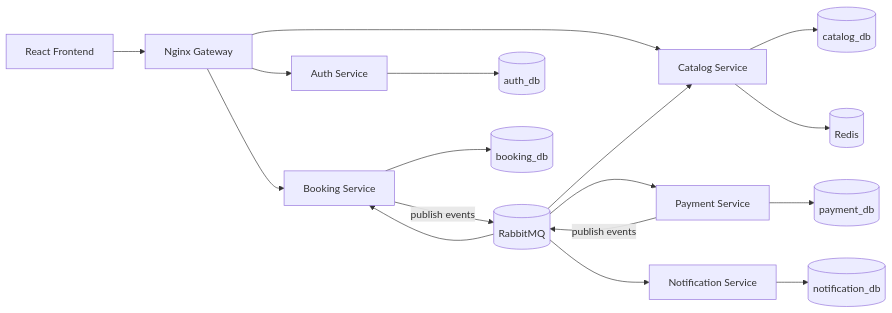
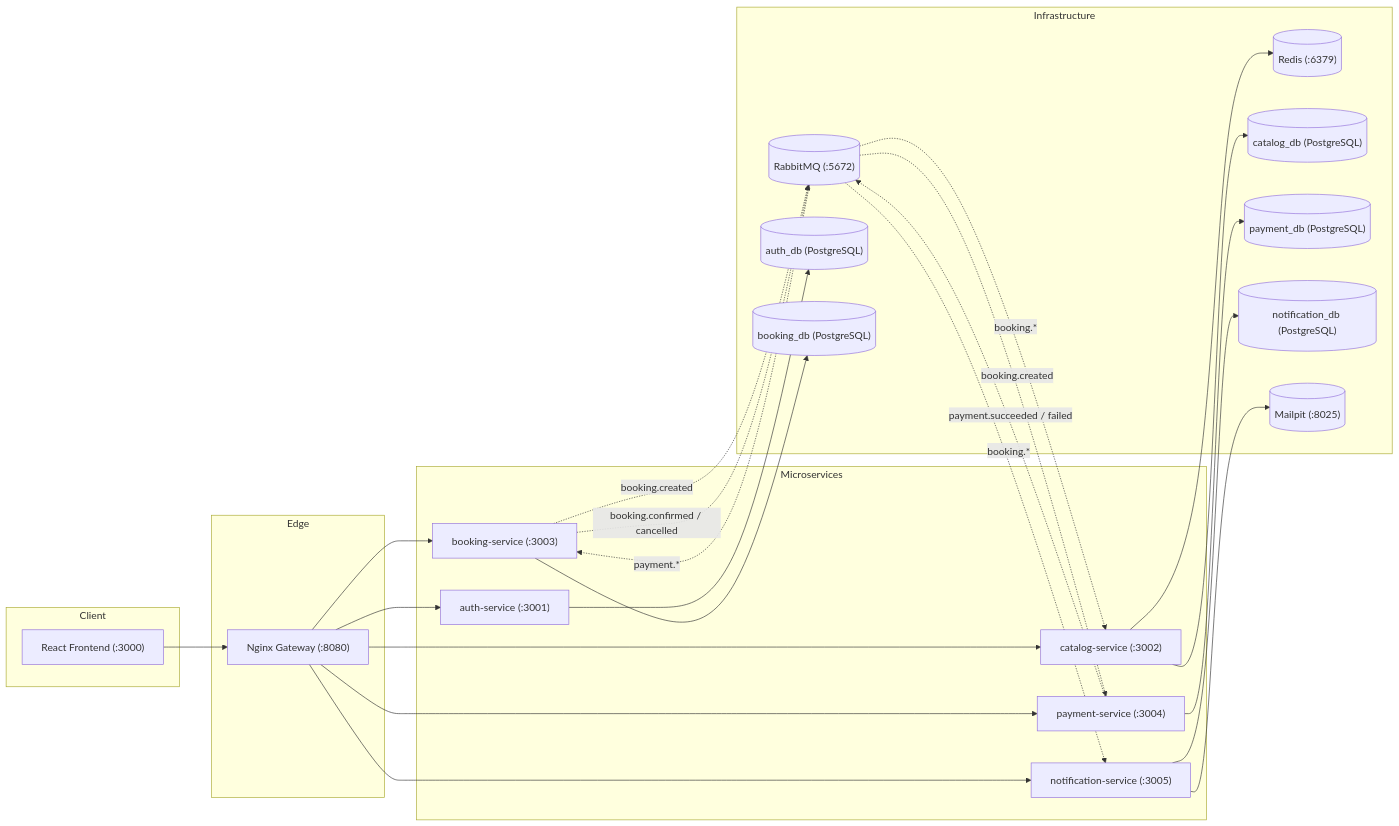
The diagram in README.md (ZamanAsad007/Travel-Booking-System), drawn with Mermaid before and after one commit. The commit also changed other lines of this file and 2 other files, not shown here.

Commit message:
docs: add README with architecture diagram, setup guide, and demo

````diff
--- a/README.md
+++ b/README.md
@@ -7,19 +16,52 @@
 ```mermaid
 flowchart LR
-    UI[React Frontend] --> GW[Nginx Gateway]
-    GW --> AUTH[Auth Service]
-    GW --> CAT[Catalog Service]
-    GW --> BOOK[Booking Service]
-    BOOK -- publish events --> MQ[(RabbitMQ)]
-    MQ --> PAY[Payment Service]
-    PAY -- publish events --> MQ
-    MQ --> BOOK
-    MQ --> CAT
-    MQ --> NOTIF[Notification Service]
-    AUTH --> DB1[(auth_db)]
-    CAT --> DB2[(catalog_db)]
-    CAT --> REDIS[(Redis)]
-    BOOK --> DB3[(booking_db)]
-    PAY --> DB4[(payment_db)]
-    NOTIF --> DB5[(notification_db)]
+    subgraph Client
+        UI["React Frontend (:3000)"]
+    end
+
+    subgraph Edge
+        GW["Nginx Gateway (:8080)"]
+    end
+
+    subgraph Microservices
+        AUTH["auth-service (:3001)"]
+        CAT["catalog-service (:3002)"]
+        BOOK["booking-service (:3003)"]
+        PAY["payment-service (:3004)"]
+        NOTIF["notification-service (:3005)"]
+    end
+
+    subgraph Infrastructure
+        MQ[("RabbitMQ (:5672)")]
+        REDIS[("Redis (:6379)")]
+        DB1[("auth_db (PostgreSQL)")]
+        DB2[("catalog_db (PostgreSQL)")]
+        DB3[("booking_db (PostgreSQL)")]
+        DB4[("payment_db (PostgreSQL)")]
+        DB5[("notification_db (PostgreSQL)")]
+        MAIL[("Mailpit (:8025)")]
+    end
+
+    UI --> GW
+    GW --> AUTH
+    GW --> CAT
+    GW --> BOOK
+    GW --> PAY
+    GW --> NOTIF
+
+    AUTH --> DB1
+    CAT --> DB2
+    CAT --> REDIS
+    BOOK --> DB3
+    PAY --> DB4
+    NOTIF --> DB5
+    NOTIF --> MAIL
+
+    BOOK -. "booking.created" .-> MQ
+    MQ -. "booking.created" .-> PAY
+    PAY -. "payment.succeeded / failed" .-> MQ
+    MQ -. "payment.*" .-> BOOK
+    BOOK -. "booking.confirmed / cancelled" .-> MQ
+    MQ -. "booking.*" .-> CAT
+    MQ -. "booking.*" .-> NOTIF
 ```
````
